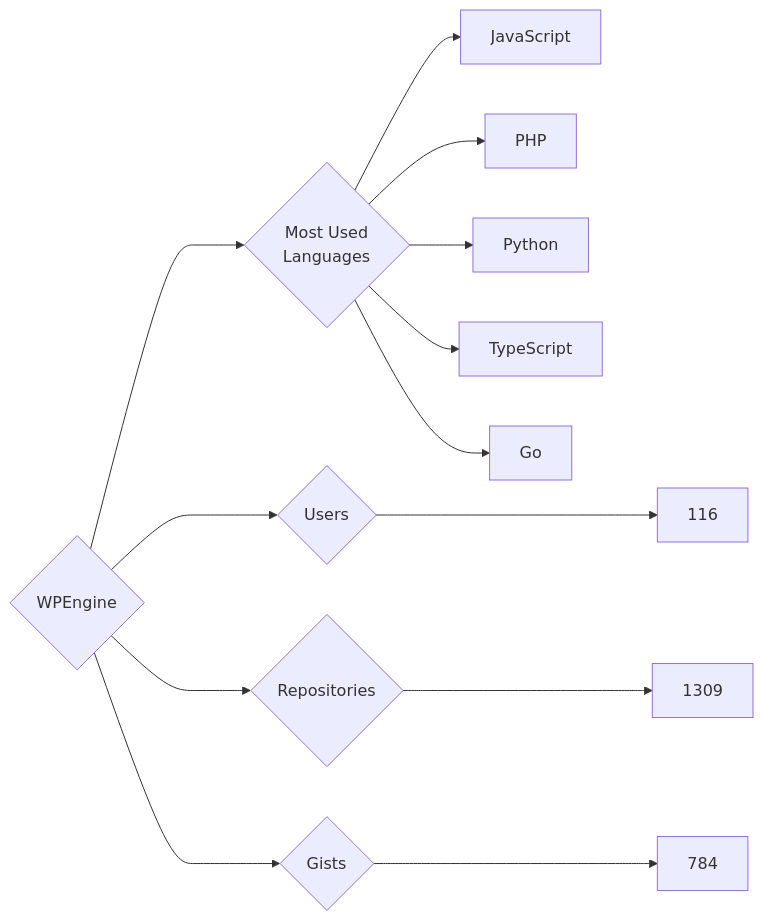
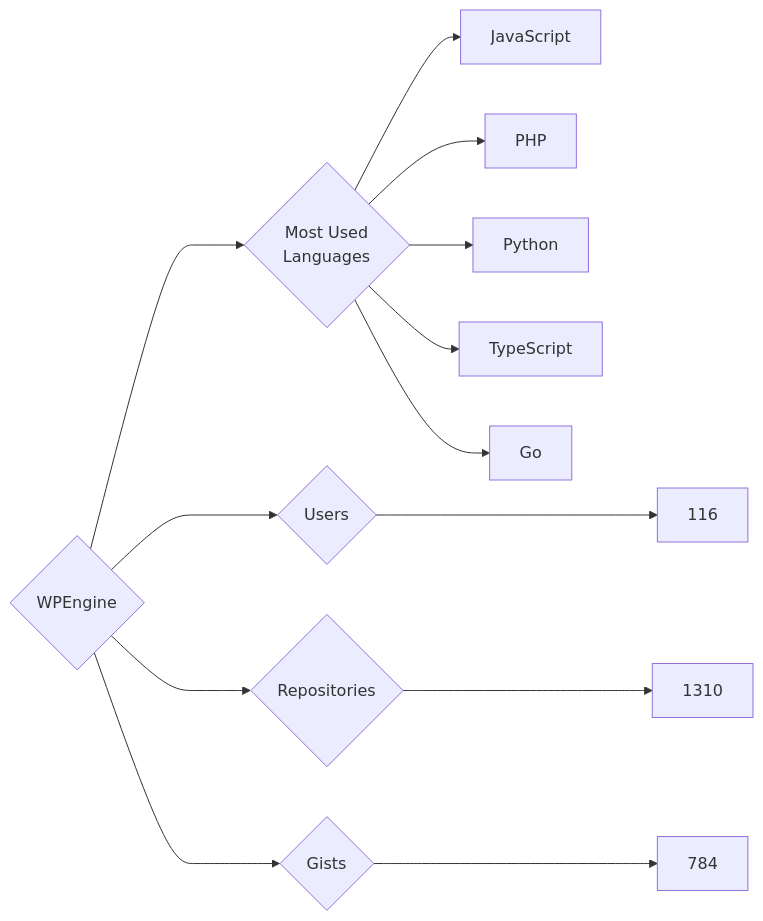
One commit to trickest/insiders changed the diagram in targets/WPEngine/README.md. Above: the diagram before and after it, drawn with Mermaid. The commit also changed 765 other files, not shown here.

````diff
--- a/targets/WPEngine/README.md
+++ b/targets/WPEngine/README.md
@@ -3,13 +3,13 @@
 ```mermaid
 graph LR
 COMPANY_NAME{WPEngine}
 COMPANY_NAME ---> U{Users} ---> UN[116]
-COMPANY_NAME ---> R{Repositories} ---> RN[1309]
+COMPANY_NAME ---> R{Repositories} ---> RN[1310]
 COMPANY_NAME ---> G{Gists} ---> GN[784]
 COMPANY_NAME ---> ML{Most Used<br>Languages}
 ML --> JavaScript[JavaScript]
 ML --> PHP[PHP]
 ML --> Python[Python]
 ML --> TypeScript[TypeScript]
 ML --> Go[Go]
 ```
````
